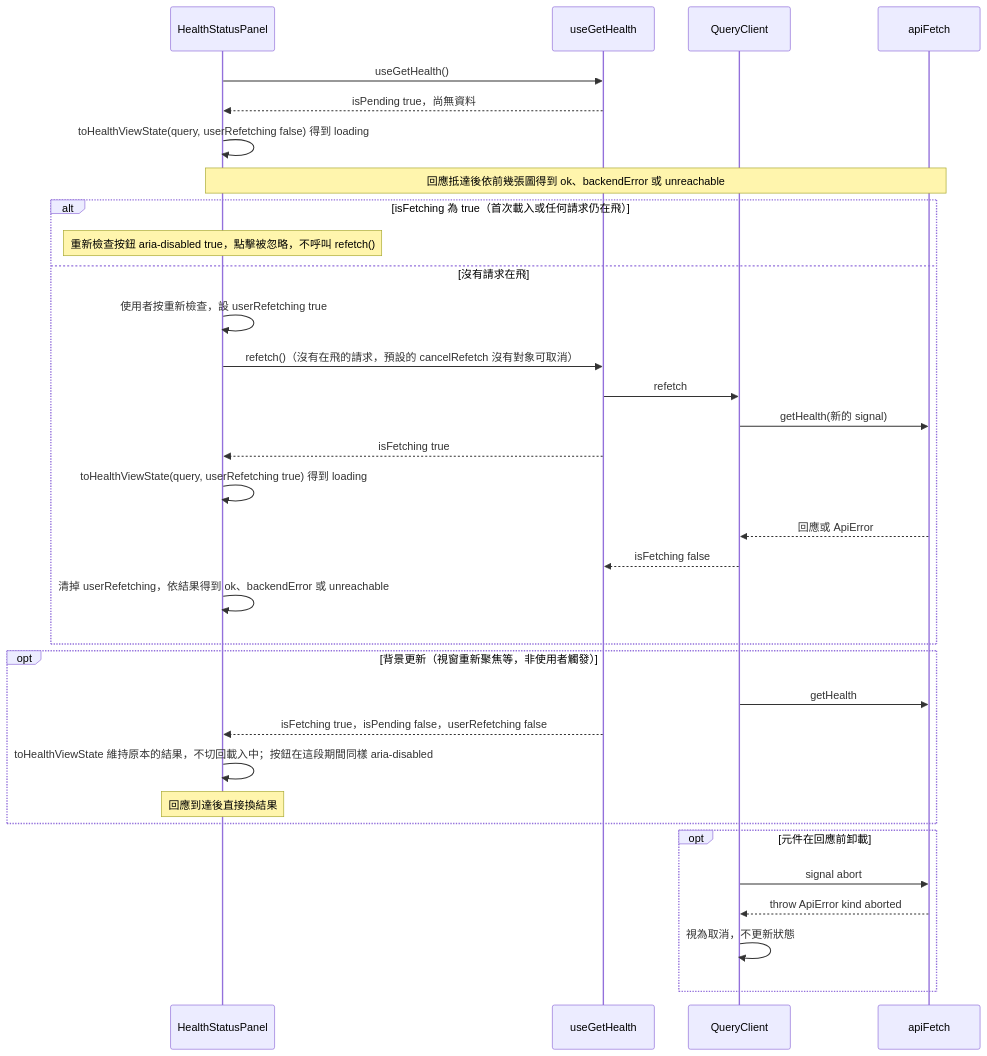
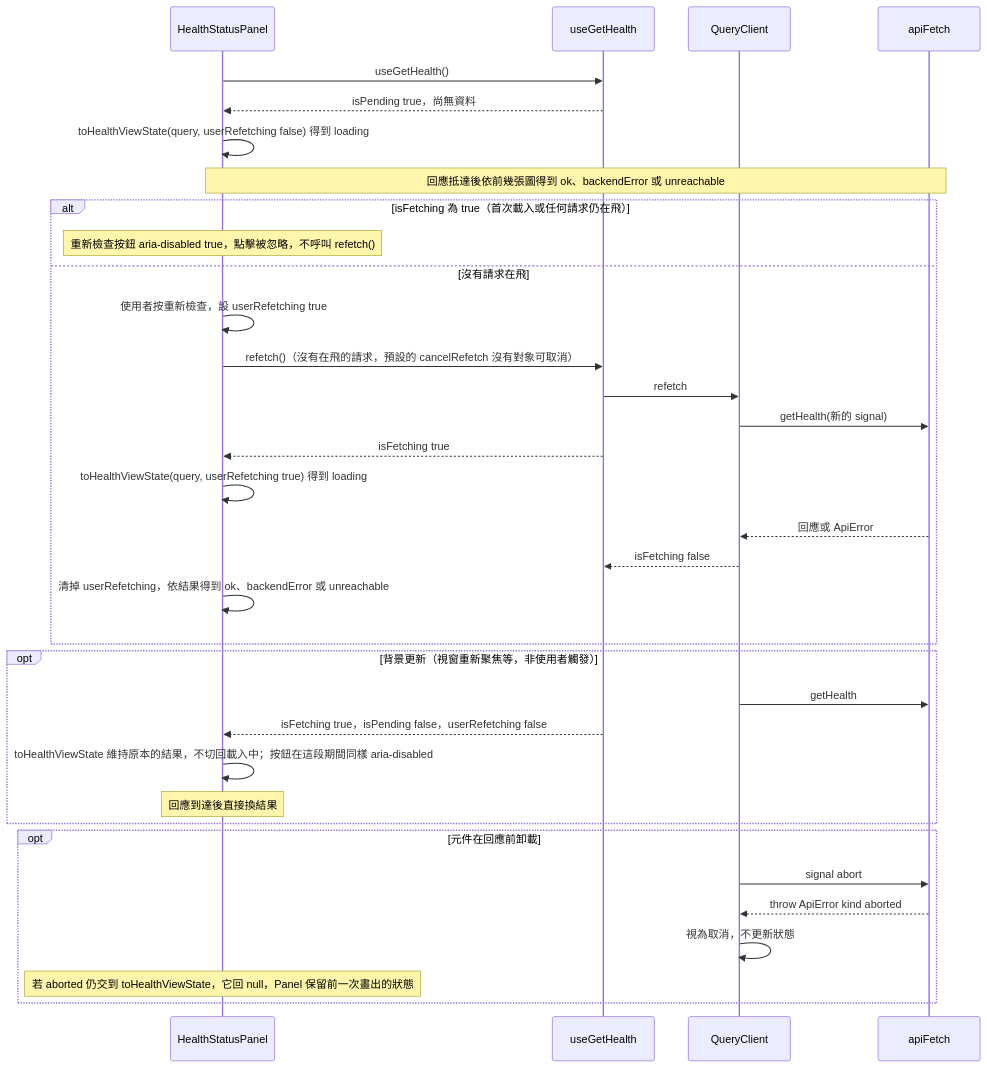
The seventh of 14 diagrams in openspec/changes/frontend-skeleton/system-design.md (label-suite/label-suite), drawn with Mermaid before and after one commit. The commit also changed other lines of this file and 2 other files, not shown here.

````diff
--- a/openspec/changes/frontend-skeleton/system-design.md
+++ b/openspec/changes/frontend-skeleton/system-design.md
@@ -672,35 +669,36 @@
 ```mermaid
 sequenceDiagram
   participant Panel as HealthStatusPanel
   participant Hook as useGetHealth
   participant QC as QueryClient
   participant Mut as apiFetch
   Panel->>Hook: useGetHealth()
   Hook-->>Panel: isPending true，尚無資料
   Panel->>Panel: toHealthViewState(query, userRefetching false) 得到 loading
   Note over Panel,Mut: 回應抵達後依前幾張圖得到 ok、backendError 或 unreachable
   alt isFetching 為 true（首次載入或任何請求仍在飛）
     Note over Panel: 重新檢查按鈕 aria-disabled true，點擊被忽略，不呼叫 refetch()
   else 沒有請求在飛
     Panel->>Panel: 使用者按重新檢查，設 userRefetching true
     Panel->>Hook: refetch()（沒有在飛的請求，預設的 cancelRefetch 沒有對象可取消）
     Hook->>QC: refetch
     QC->>Mut: getHealth(新的 signal)
     Hook-->>Panel: isFetching true
     Panel->>Panel: toHealthViewState(query, userRefetching true) 得到 loading
     Mut-->>QC: 回應或 ApiError
     QC-->>Hook: isFetching false
     Panel->>Panel: 清掉 userRefetching，依結果得到 ok、backendError 或 unreachable
   end
   opt 背景更新（視窗重新聚焦等，非使用者觸發）
     QC->>Mut: getHealth
     Hook-->>Panel: isFetching true，isPending false，userRefetching false
     Panel->>Panel: toHealthViewState 維持原本的結果，不切回載入中；按鈕在這段期間同樣 aria-disabled
     Note over Panel: 回應到達後直接換結果
   end
   opt 元件在回應前卸載
     QC->>Mut: signal abort
     Mut-->>QC: throw ApiError kind aborted
     QC->>QC: 視為取消，不更新狀態
+    Note over Panel: 若 aborted 仍交到 toHealthViewState，它回 null，Panel 保留前一次畫出的狀態
   end
 ```
````
